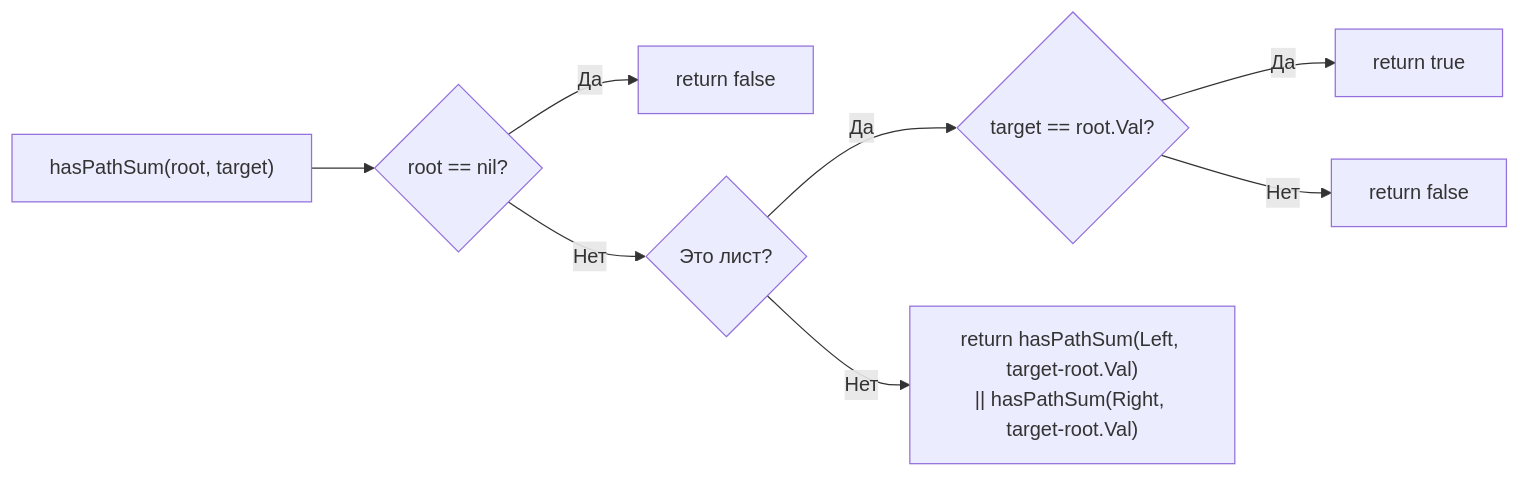
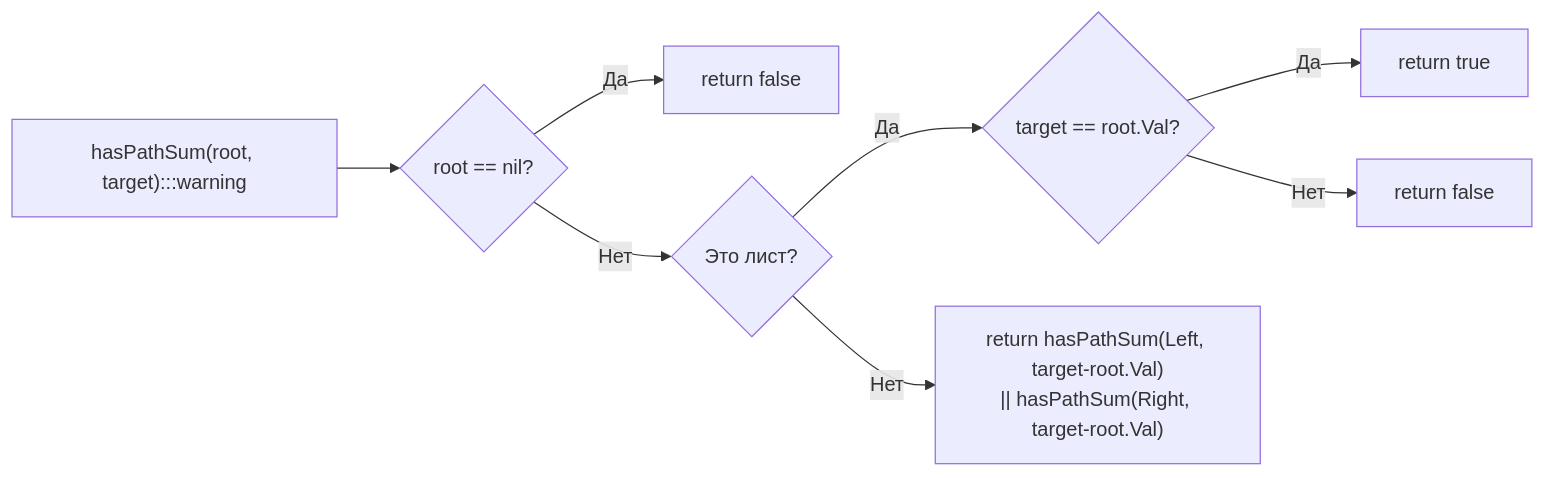
Before and after one commit to UnrealTemplier/go-textbook: the diagram in sources/21. Задачи с LeetCode и собеседований на Go/02. Задачи/11. Поиск в глубину DFS/5. Path Sum.md, drawn with Mermaid. The commit also changed 1666 other files, not shown here.

First line of the commit message:
feat(mermaid): add semantic color classDef to 1369 colorless flowchart/graph diagrams

````diff
--- a/sources/21. Задачи с LeetCode и собеседований на Go/02. Задачи/11. Поиск в глубину DFS/5. Path Sum.md
+++ b/sources/21. Задачи с LeetCode и собеседований на Go/02. Задачи/11. Поиск в глубину DFS/5. Path Sum.md
@@ -51,10 +51,20 @@
 ```mermaid
 flowchart LR
-    A["hasPathSum(root, target)"] --> B{"root == nil?"}
+    classDef process  fill:#1e293b,stroke:#38bdf8,stroke-width:1px,color:#f8fafc
+    classDef success  fill:#064e3b,stroke:#34d399,stroke-width:1px,color:#f8fafc
+    classDef error    fill:#7f1d1d,stroke:#f87171,stroke-width:1px,color:#f8fafc
+    classDef warning  fill:#78350f,stroke:#fbbf24,stroke-width:1px,color:#f8fafc
+    classDef entry    fill:#1e3a5f,stroke:#38bdf8,stroke-width:2px,color:#f8fafc
+    classDef aux      fill:#334155,stroke:#64748b,stroke-width:1px,color:#f8fafc
+    classDef system   fill:#312e81,stroke:#a78bfa,stroke-width:1px,color:#f8fafc
+    classDef data     fill:#132d29,stroke:#2dd4bf,stroke-width:1px,color:#f8fafc
+    classDef network  fill:#881337,stroke:#fb7185,stroke-width:1px,color:#f8fafc
+    classDef accent   fill:#1e1b4b,stroke:#818cf8,stroke-width:1px,color:#f8fafc
+    A["hasPathSum(root, target):::warning"] --> B{"root == nil?"}
     B -->|"Да"| C["return false"]
     B -->|"Нет"| D{"Это лист?"}
     D -->|"Да"| E{"target == root.Val?"}
     E -->|"Да"| F["return true"]
     E -->|"Нет"| G["return false"]
     D -->|"Нет"| H["return hasPathSum(Left, target-root.Val)<br>|| hasPathSum(Right, target-root.Val)"]
 ```
````
